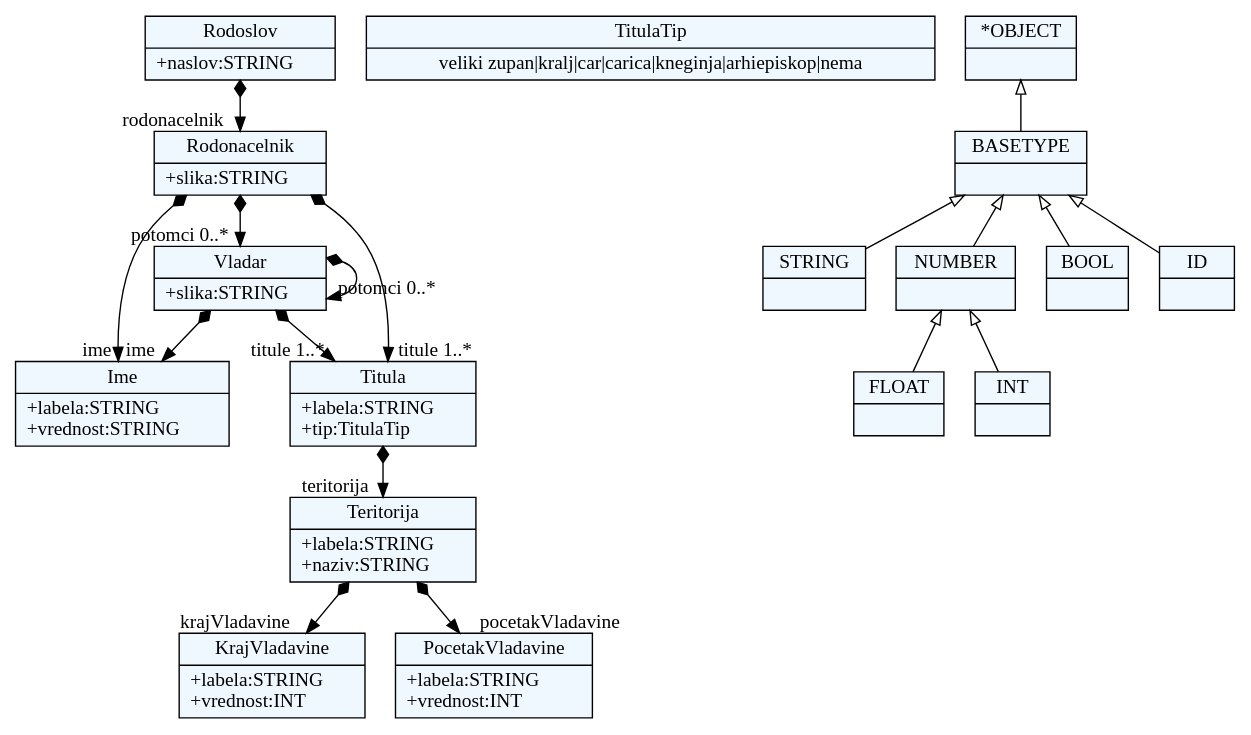
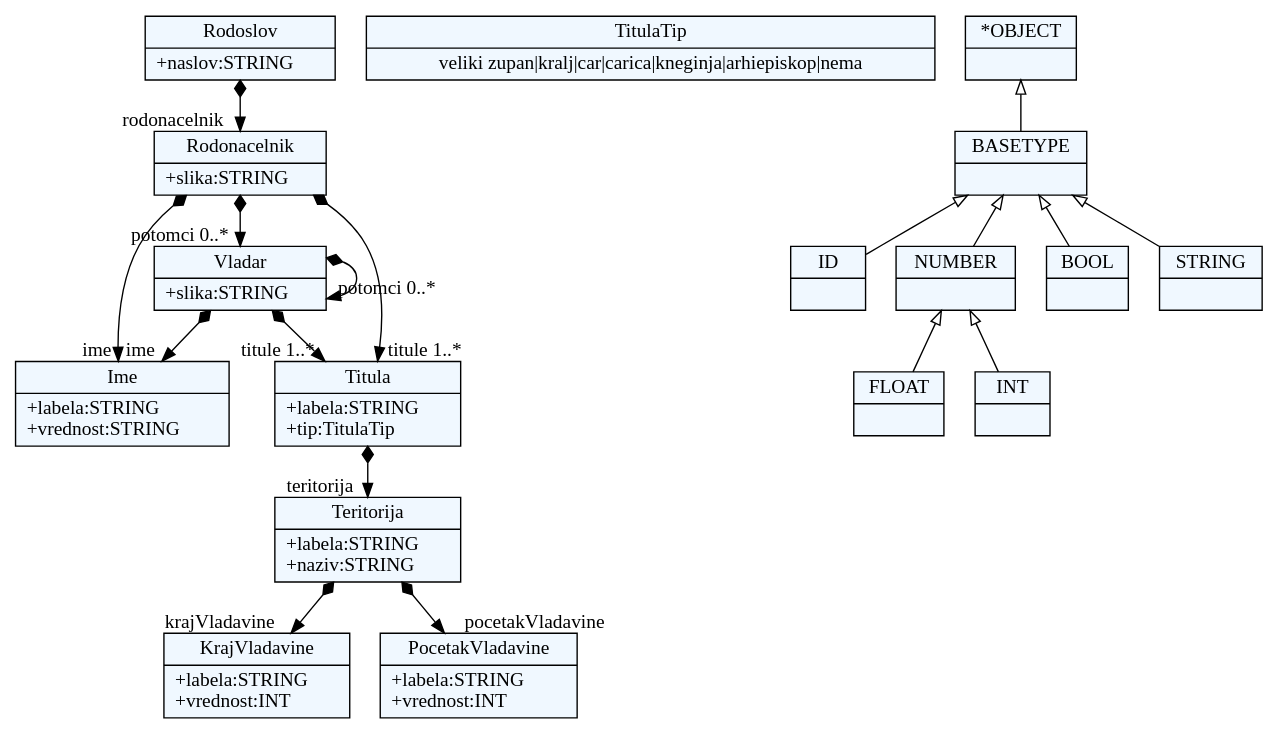
Before and after one commit to milenaL9/JSD_2017: the diagram in Projekat/forms/forms.dot, drawn with Graphviz. The commit also changed 10 other files, not shown here.

```diff
--- a/Projekat/forms/forms.dot
+++ b/Projekat/forms/forms.dot
@@ -1,66 +1,66 @@
 
     digraph xtext {
     fontname = "Bitstream Vera Sans"
     fontsize = 8
     node[
         shape=record,
         style=filled,
         fillcolor=aliceblue
     ]
     nodesep = 0.3
     edge[dir=black,arrowtail=empty]
 
 
-2029207951928[ label="{Ime|+labela:STRING\l+vrednost:STRING\l}"]
+2917124660552 -> 2917124664328[arrowtail=diamond, dir=both, headlabel="rodonacelnik "]
+2917124660552[ label="{Rodoslov|+naslov:STRING\l}"]
 
-2029207948152 -> 2029207951928[arrowtail=diamond, dir=both, headlabel="ime "]
-2029207948152 -> 2029207991576[arrowtail=diamond, dir=both, headlabel="titule 1..*"]
-2029207948152 -> 2029207954760[arrowtail=diamond, dir=both, headlabel="potomci 0..*"]
-2029207948152[ label="{Rodonacelnik|+slika:STRING\l}"]
+2917124637896[ label="{Ime|+labela:STRING\l+vrednost:STRING\l}"]
 
-2029207975528[ label="{KrajVladavine|+labela:STRING\l+vrednost:INT\l}"]
+2917124667160 -> 2917124637896[arrowtail=diamond, dir=both, headlabel="ime "]
+2917124667160 -> 2917124638840[arrowtail=diamond, dir=both, headlabel="titule 1..*"]
+2917124667160 -> 2917124667160[arrowtail=diamond, dir=both, headlabel="potomci 0..*"]
+2917124667160[ label="{Vladar|+slika:STRING\l}"]
 
-2029207979304 -> 2029207972696[arrowtail=diamond, dir=both, headlabel="pocetakVladavine "]
-2029207979304 -> 2029207975528[arrowtail=diamond, dir=both, headlabel="krajVladavine "]
-2029207979304[ label="{Teritorija|+labela:STRING\l+naziv:STRING\l}"]
+2917124692648[ label="{KrajVladavine|+labela:STRING\l+vrednost:INT\l}"]
 
-2029207993464[ label="{TitulaTip|veliki zupan\|kralj\|car\|carica\|kneginja\|arhiepiskop\|nema}"]
+2917124672824[ label="{TitulaTip|veliki zupan\|kralj\|car\|carica\|kneginja\|arhiepiskop\|nema}"]
 
-2029207972696[ label="{PocetakVladavine|+labela:STRING\l+vrednost:INT\l}"]
+2917124682264[ label="{PocetakVladavine|+labela:STRING\l+vrednost:INT\l}"]
 
-2029207943432 -> 2029207948152[arrowtail=diamond, dir=both, headlabel="rodonacelnik "]
-2029207943432[ label="{Rodoslov|+naslov:STRING\l}"]
+2917124638840 -> 2917124681320[arrowtail=diamond, dir=both, headlabel="teritorija "]
+2917124638840[ label="{Titula|+labela:STRING\l+tip:TitulaTip\l}"]
 
-2029207991576 -> 2029207979304[arrowtail=diamond, dir=both, headlabel="teritorija "]
-2029207991576[ label="{Titula|+labela:STRING\l+tip:TitulaTip\l}"]
+2917124681320 -> 2917124682264[arrowtail=diamond, dir=both, headlabel="pocetakVladavine "]
+2917124681320 -> 2917124692648[arrowtail=diamond, dir=both, headlabel="krajVladavine "]
+2917124681320[ label="{Teritorija|+labela:STRING\l+naziv:STRING\l}"]
 
-2029207954760 -> 2029207951928[arrowtail=diamond, dir=both, headlabel="ime "]
-2029207954760 -> 2029207991576[arrowtail=diamond, dir=both, headlabel="titule 1..*"]
-2029207954760 -> 2029207954760[arrowtail=diamond, dir=both, headlabel="potomci 0..*"]
-2029207954760[ label="{Vladar|+slika:STRING\l}"]
+2917124664328 -> 2917124637896[arrowtail=diamond, dir=both, headlabel="ime "]
+2917124664328 -> 2917124638840[arrowtail=diamond, dir=both, headlabel="titule 1..*"]
+2917124664328 -> 2917124667160[arrowtail=diamond, dir=both, headlabel="potomci 0..*"]
+2917124664328[ label="{Rodonacelnik|+slika:STRING\l}"]
 
-2029207945320[ label="{STRING|}"]
+2917124651112[ label="{ID|}"]
 
-2029207949096[ label="{BASETYPE|}"]
-2029207949096 -> 2029207959480 [dir=back]
-2029207949096 -> 2029207946264 [dir=back]
-2029207949096 -> 2029207964200 [dir=back]
-2029207949096 -> 2029207945320 [dir=back]
+2917124647336[ label="{*OBJECT|}"]
+2917124647336 -> 2917124649224 [dir=back]
 
-2029207959480[ label="{NUMBER|}"]
-2029207959480 -> 2029207967976 [dir=back]
-2029207959480 -> 2029207952872 [dir=back]
+2917124654888[ label="{NUMBER|}"]
+2917124654888 -> 2917124640728 [dir=back]
+2917124654888 -> 2917124636008 [dir=back]
 
-2029207952872[ label="{INT|}"]
+2917124636008[ label="{INT|}"]
 
-2029207946264[ label="{BOOL|}"]
+2917124649224[ label="{BASETYPE|}"]
+2917124649224 -> 2917124654888 [dir=back]
+2917124649224 -> 2917124653944 [dir=back]
+2917124649224 -> 2917124651112 [dir=back]
+2917124649224 -> 2917124653000 [dir=back]
 
-2029207964200[ label="{ID|}"]
+2917124653000[ label="{STRING|}"]
 
-2029207967976[ label="{FLOAT|}"]
+2917124640728[ label="{FLOAT|}"]
 
-2029207942488[ label="{*OBJECT|}"]
-2029207942488 -> 2029207949096 [dir=back]
+2917124653944[ label="{BOOL|}"]
 
 
 }
```
